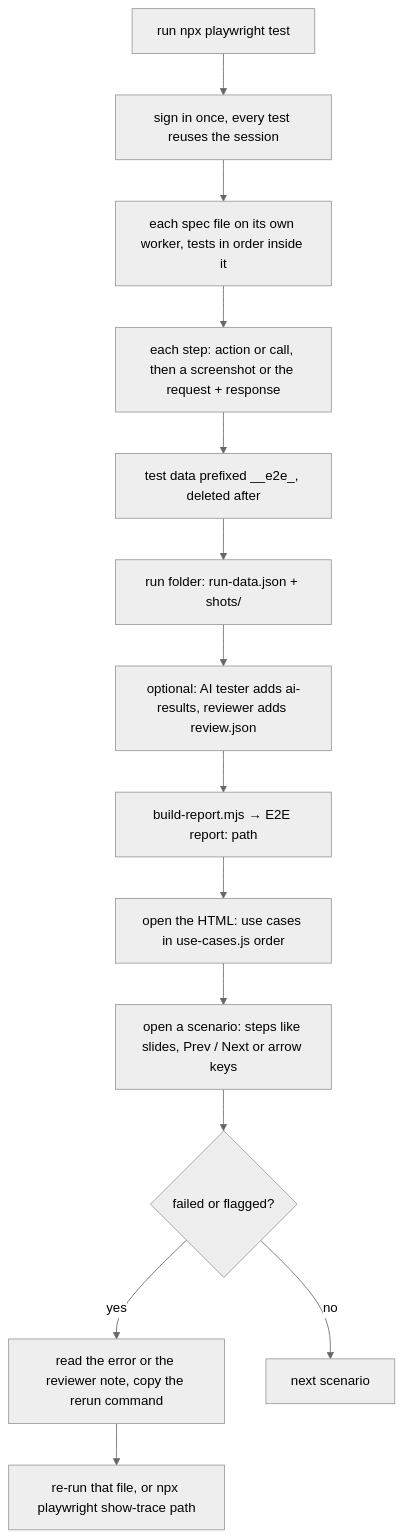
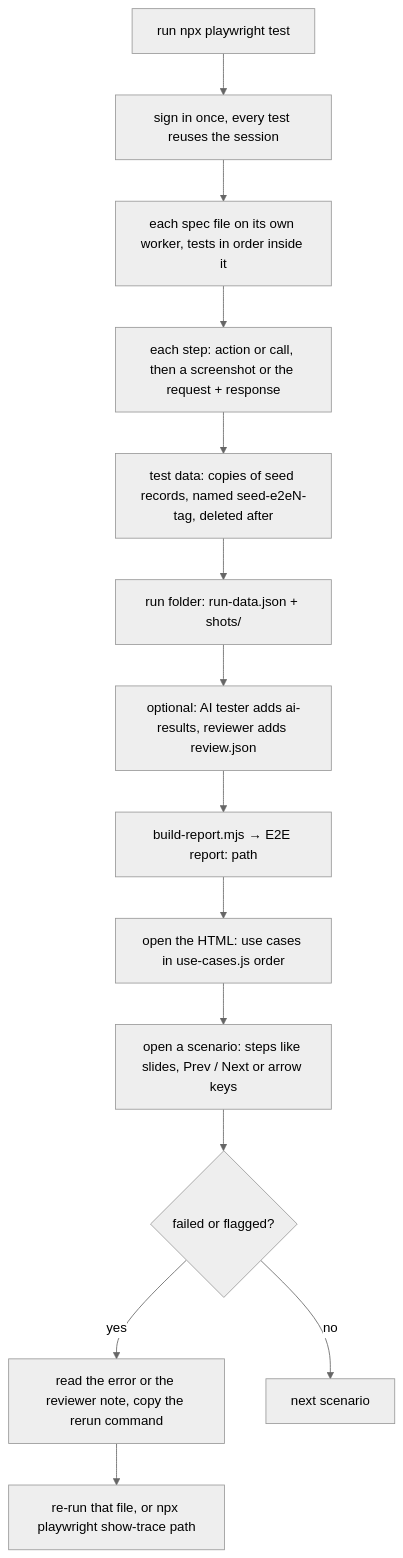
Before and after one commit to naphatwx/naphatwx-tools: the diagram in plugins/naphatwx-tools/skills/e2e-test/template/README.md, drawn with Mermaid (neutral theme). The commit also changed other lines of this file and 12 other files, not shown here.

First line of the commit message:
feat(e2e-test): seed copies, data helper, core-first run, safe E2E_RUN_DIR

````diff
--- a/plugins/naphatwx-tools/skills/e2e-test/template/README.md
+++ b/plugins/naphatwx-tools/skills/e2e-test/template/README.md
@@ -32,16 +33,16 @@
 ```mermaid
 graph TD
     A[run npx playwright test] --> B[sign in once, every test reuses the session]
     B --> C[each spec file on its own worker, tests in order inside it]
     C --> D["each step: action or call, then a screenshot or the request + response"]
-    D --> E[test data prefixed __e2e_, deleted after]
+    D --> E["test data: copies of seed records, named seed-e2eN-tag, deleted after"]
     E --> F["run folder: run-data.json + shots/"]
     F --> G[optional: AI tester adds ai-results, reviewer adds review.json]
     G --> H["build-report.mjs → E2E report: path"]
     H --> I[open the HTML: use cases in use-cases.js order]
     I --> J[open a scenario: steps like slides, Prev / Next or arrow keys]
     J --> K{failed or flagged?}
     K -->|yes| L[read the error or the reviewer note, copy the rerun command]
     L --> M["re-run that file, or npx playwright show-trace path"]
     K -->|no| N[next scenario]
 ```
````
